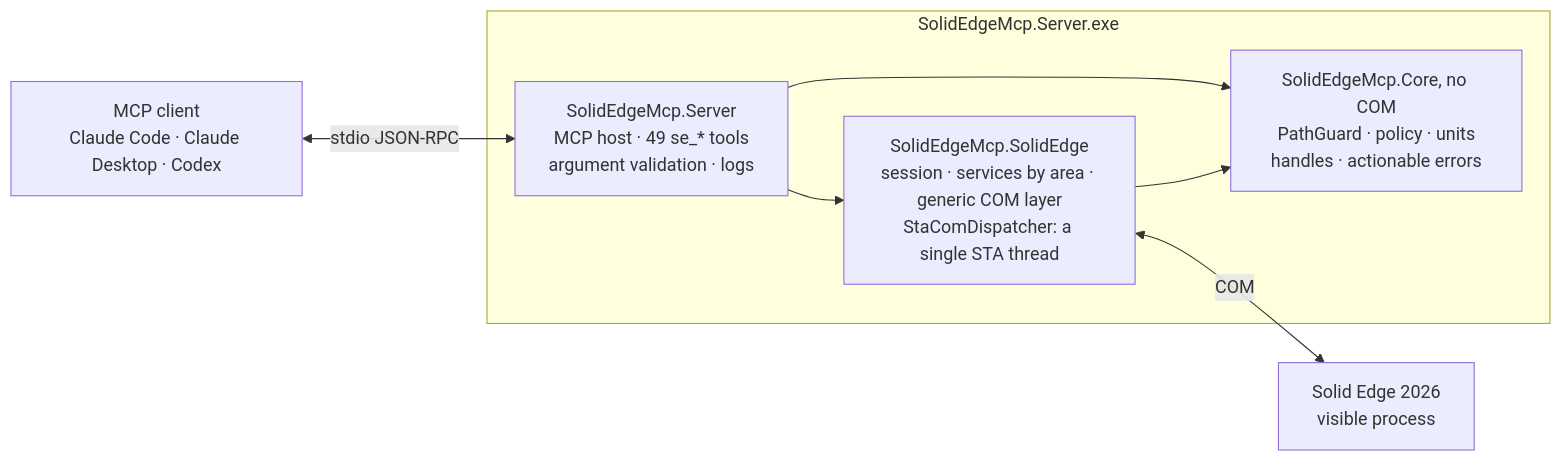
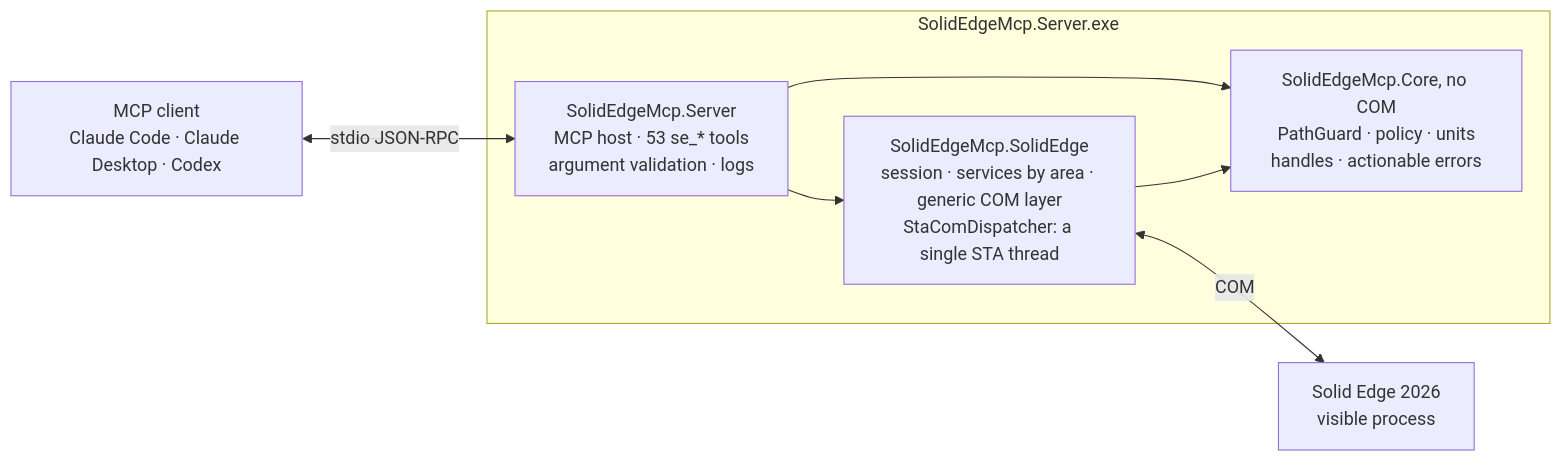
Before and after one commit to gabichuuuuu/solid-edge-mcp: the diagram in README.md, drawn with Mermaid. The commit also changed other lines of this file and 3 other files, not shown here.

````diff
--- a/README.md
+++ b/README.md
@@ -151,18 +266,18 @@
 ```mermaid
 flowchart LR
     client["MCP client<br/>Claude Code · Claude Desktop · Codex"]
 
     subgraph exe ["SolidEdgeMcp.Server.exe"]
-        server["SolidEdgeMcp.Server<br/>MCP host · 49 se_* tools<br/>argument validation · logs"]
+        server["SolidEdgeMcp.Server<br/>MCP host · 53 se_* tools<br/>argument validation · logs"]
         se["SolidEdgeMcp.SolidEdge<br/>session · services by area · generic COM layer<br/>StaComDispatcher: a single STA thread"]
         core["SolidEdgeMcp.Core, no COM<br/>PathGuard · policy · units<br/>handles · actionable errors"]
         server --> se
         server --> core
         se --> core
     end
 
     app["Solid Edge 2026<br/>visible process"]
 
     client <-->|stdio JSON-RPC| server
     se <-->|COM| app
 ```
````
